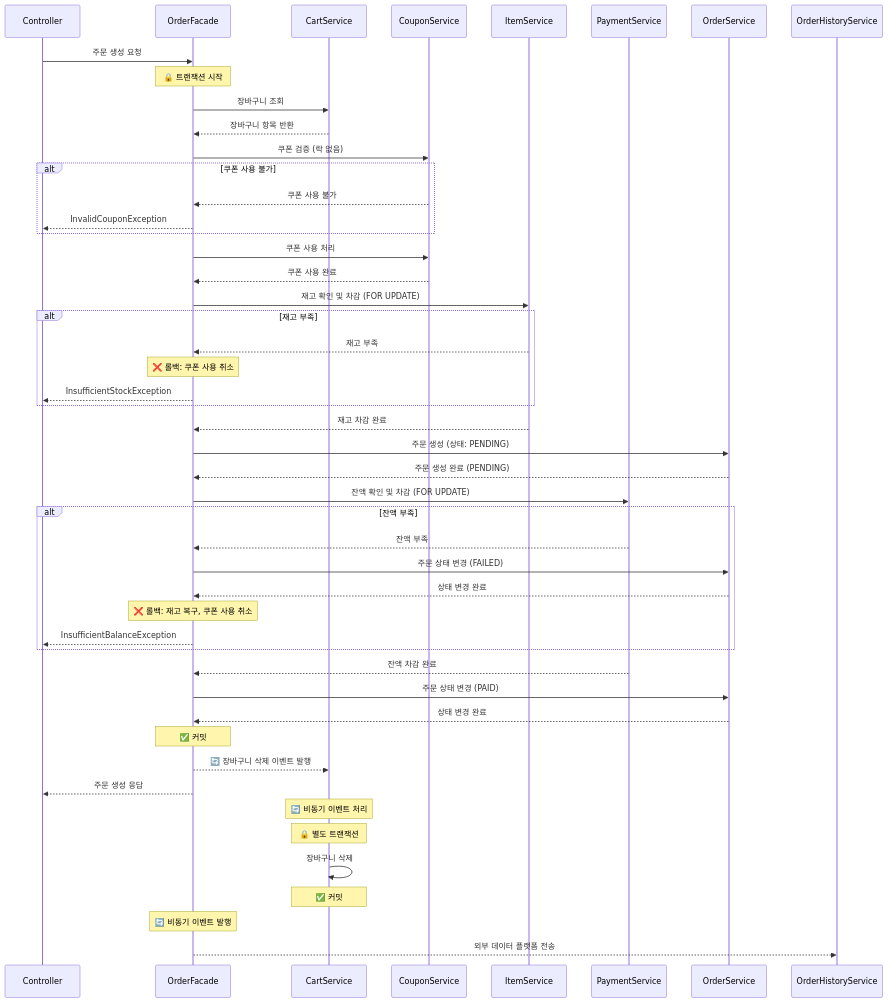
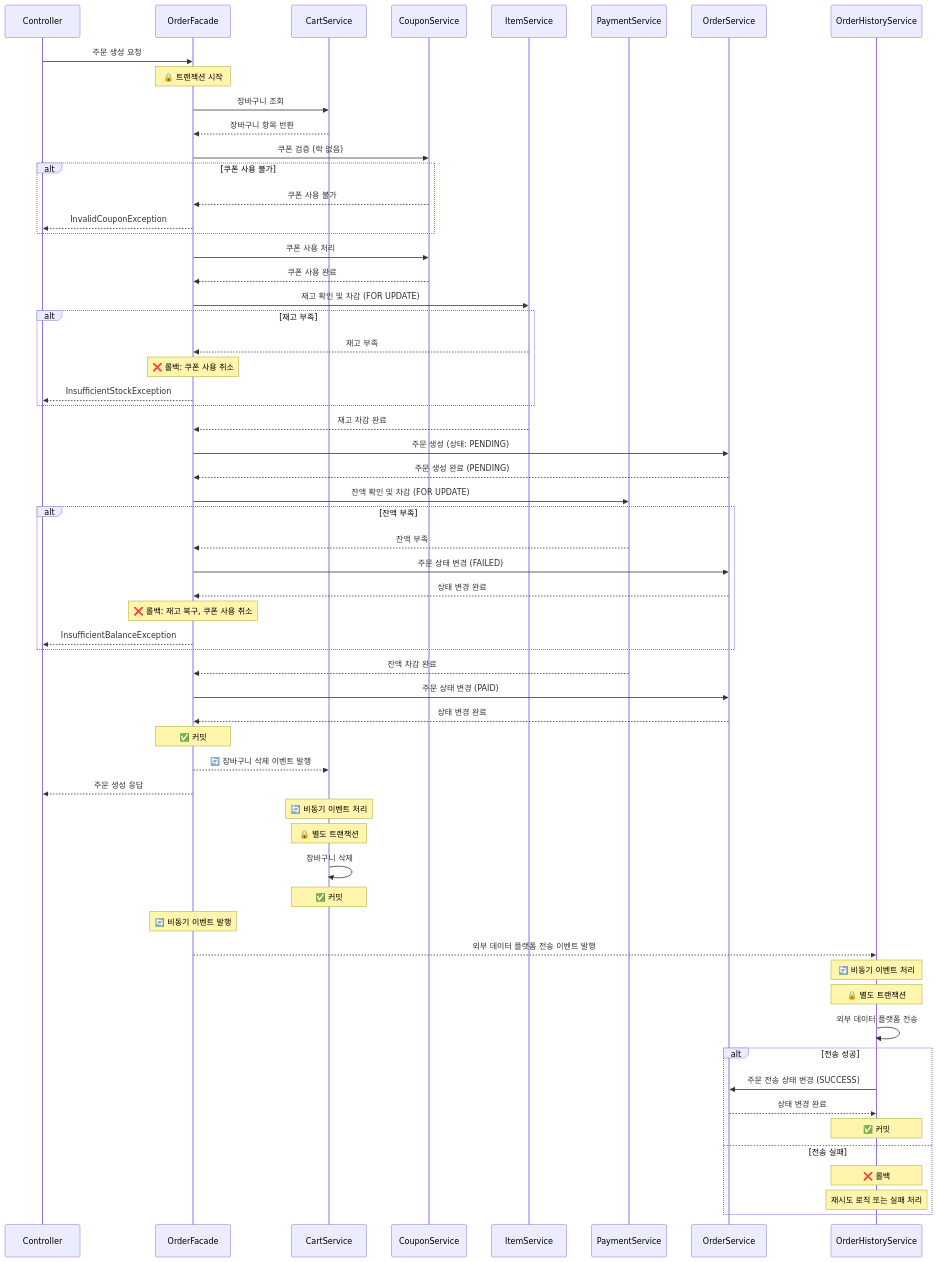
One commit to hwangdaesun/e-commerce changed the ninth of 9 diagrams in README.md. Above: the diagram before and after it, drawn with Mermaid.

Commit message:
docs : 주문 생성 시퀀스 다이어 그램 수정
- 외부 데이터 플랫폼 전송 상세 추가

````diff
--- a/README.md
+++ b/README.md
@@ -229,66 +229,78 @@
 ```mermaid
  sequenceDiagram
         participant Controller
         participant OrderFacade
         participant CartService
         participant CouponService
         participant ItemService
         participant PaymentService
         participant OrderService
         participant OrderHistoryService
 
         Controller->>OrderFacade: 주문 생성 요청
 
         Note over OrderFacade: 🔒 트랜잭션 시작
 
         OrderFacade->>CartService: 장바구니 조회
         CartService-->>OrderFacade: 장바구니 항목 반환
 
         OrderFacade->>CouponService: 쿠폰 검증 (락 없음)
         alt 쿠폰 사용 불가
             CouponService-->>OrderFacade: 쿠폰 사용 불가
             OrderFacade-->>Controller: InvalidCouponException
         end
 
         OrderFacade->>CouponService: 쿠폰 사용 처리
         CouponService-->>OrderFacade: 쿠폰 사용 완료
 
         OrderFacade->>ItemService: 재고 확인 및 차감 (FOR UPDATE)
         alt 재고 부족
             ItemService-->>OrderFacade: 재고 부족
             Note over OrderFacade: ❌ 롤백: 쿠폰 사용 취소
             OrderFacade-->>Controller: InsufficientStockException
         end
         ItemService-->>OrderFacade: 재고 차감 완료
 
         OrderFacade->>OrderService: 주문 생성 (상태: PENDING)
         OrderService-->>OrderFacade: 주문 생성 완료 (PENDING)
 
         OrderFacade->>PaymentService: 잔액 확인 및 차감 (FOR UPDATE)
         alt 잔액 부족
             PaymentService-->>OrderFacade: 잔액 부족
             OrderFacade->>OrderService: 주문 상태 변경 (FAILED)
             OrderService-->>OrderFacade: 상태 변경 완료
             Note over OrderFacade: ❌ 롤백: 재고 복구, 쿠폰 사용 취소
             OrderFacade-->>Controller: InsufficientBalanceException
         end
         PaymentService-->>OrderFacade: 잔액 차감 완료
 
         OrderFacade->>OrderService: 주문 상태 변경 (PAID)
         OrderService-->>OrderFacade: 상태 변경 완료
 
         Note over OrderFacade: ✅ 커밋
 
         OrderFacade-->>CartService: 🔄 장바구니 삭제 이벤트 발행
 
         OrderFacade-->>Controller: 주문 생성 응답
 
         Note over CartService: 🔄 비동기 이벤트 처리
         Note over CartService: 🔒 별도 트랜잭션
         CartService->>CartService: 장바구니 삭제
         Note over CartService: ✅ 커밋
 
         Note over OrderFacade: 🔄 비동기 이벤트 발행
-        OrderFacade-->>OrderHistoryService: 외부 데이터 플랫폼 전송
+        OrderFacade-->>OrderHistoryService: 외부 데이터 플랫폼 전송 이벤트 발행
+
+        Note over OrderHistoryService: 🔄 비동기 이벤트 처리
+        Note over OrderHistoryService: 🔒 별도 트랜잭션
+        OrderHistoryService->>OrderHistoryService: 외부 데이터 플랫폼 전송
+        alt 전송 성공
+            OrderHistoryService->>OrderService: 주문 전송 상태 변경 (SUCCESS)
+            OrderService-->>OrderHistoryService: 상태 변경 완료
+            Note over OrderHistoryService: ✅ 커밋
+        else 전송 실패
+            Note over OrderHistoryService: ❌ 롤백
+            Note over OrderHistoryService: 재시도 로직 또는 실패 처리
+        end
 
 ```
````
